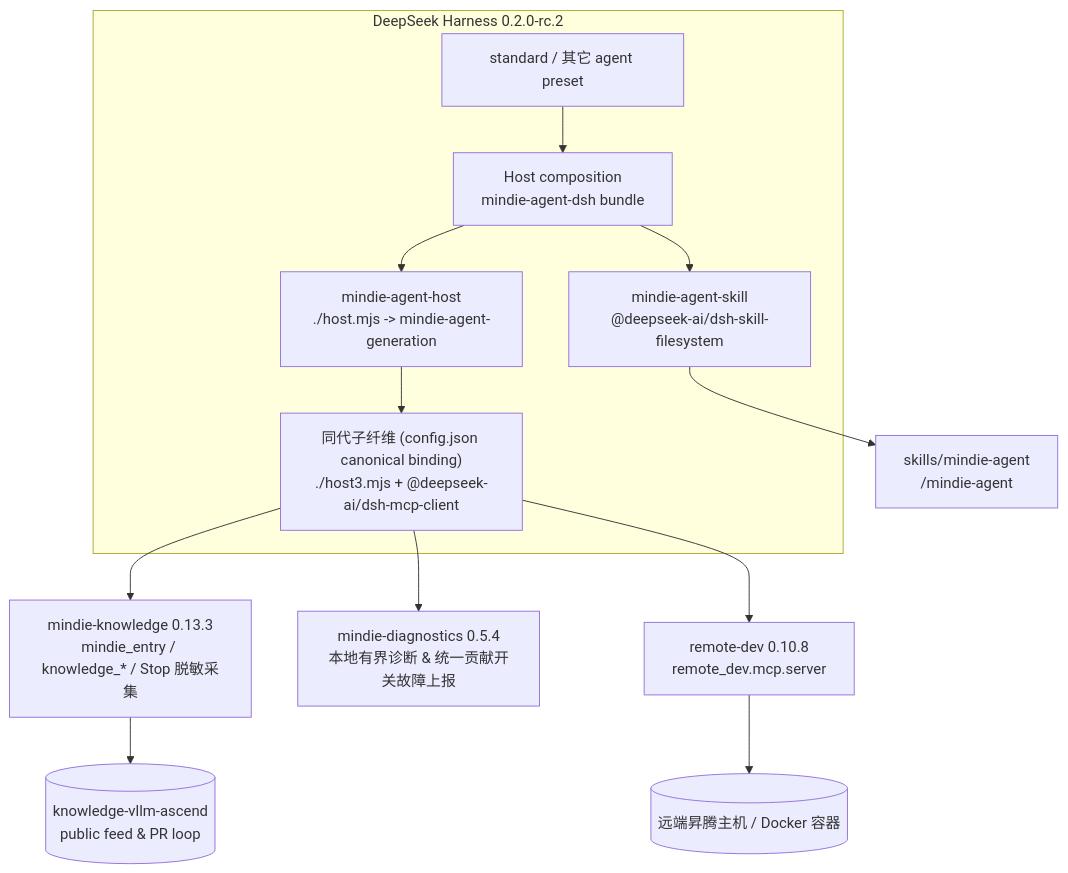
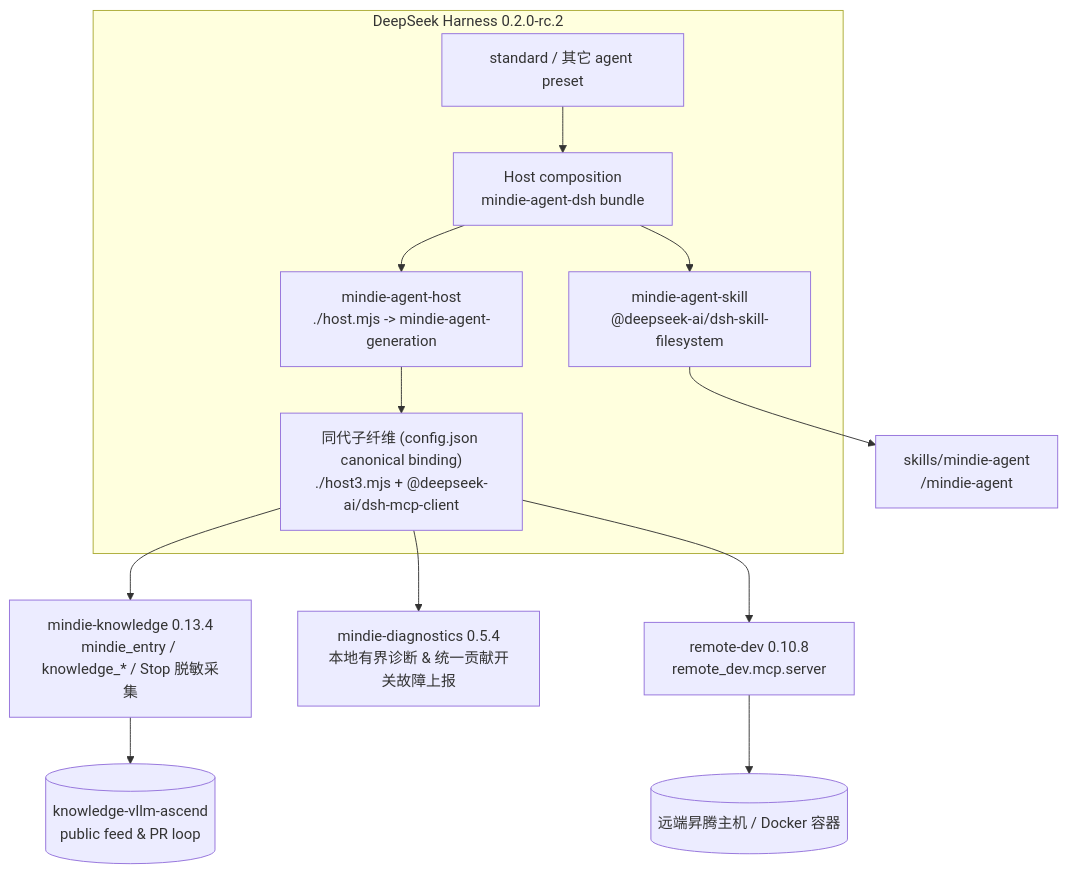
Before and after one commit to mindie-agent/mindie-agent-dsh: the diagram in README.md, drawn with Mermaid. The commit also changed other lines of this file and 22 other files, not shown here.

````diff
--- a/README.md
+++ b/README.md
@@ -200,20 +201,20 @@
 ```mermaid
 flowchart TB
   subgraph DSH["DeepSeek Harness 0.2.0-rc.2"]
     HOST["Host composition<br/>mindie-agent-dsh bundle"]
     STD["standard / 其它 agent preset"]
     SKILL["mindie-agent-skill<br/>@deepseek-ai/dsh-skill-filesystem"]
     HPLUG["mindie-agent-host<br/>./host.mjs -> mindie-agent-generation"]
     GEN["同代子纤维 (config.json canonical binding)<br/>./host3.mjs + @deepseek-ai/dsh-mcp-client"]
     STD --> HOST
     HOST --> SKILL
     HOST --> HPLUG
     HPLUG --> GEN
   end
   SKILL --> SK["skills/mindie-agent<br/>/mindie-agent"]
-  GEN --> KS["mindie-knowledge 0.13.3<br/>mindie_entry / knowledge_* / Stop 脱敏采集"]
+  GEN --> KS["mindie-knowledge 0.13.4<br/>mindie_entry / knowledge_* / Stop 脱敏采集"]
   GEN --> DIAG["mindie-diagnostics 0.5.4<br/>本地有界诊断 & 统一贡献开关故障上报"]
   KS --> FEED[("knowledge-vllm-ascend<br/>public feed & PR loop")]
   GEN --> RD["remote-dev 0.10.8<br/>remote_dev.mcp.server"]
   RD --> NPU[("远端昇腾主机 / Docker 容器")]
 ```
````
